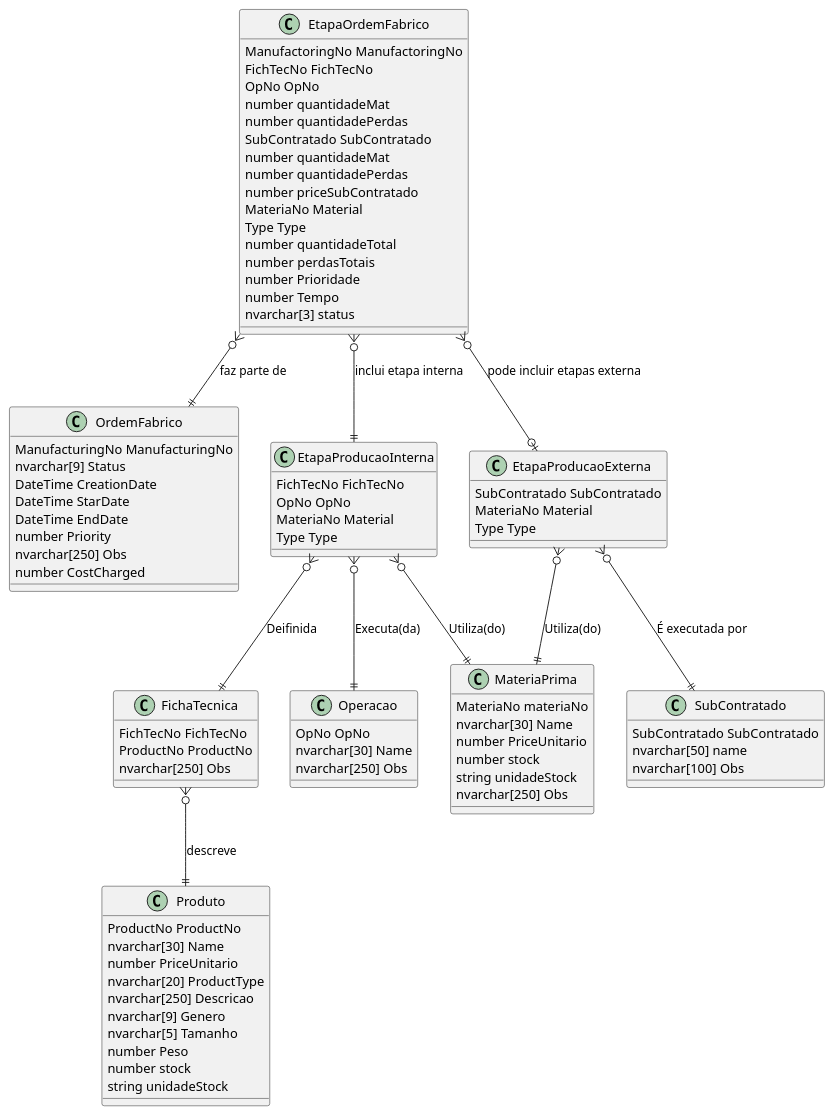
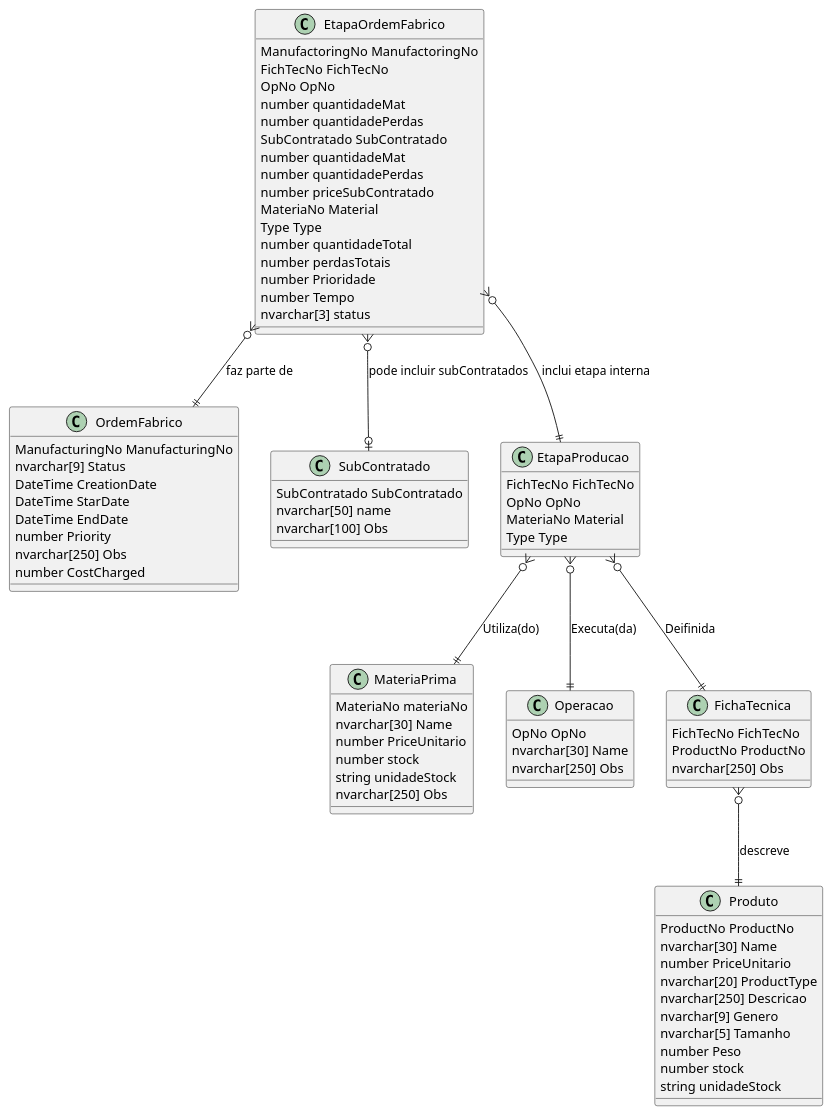
One commit to Arturito2005/TrabalhoBD changed the diagram in DesenhoLogico/Normalizacao/NormalizacaoNova.plantuml. Above: the diagram before and after it, drawn with PlantUML. The commit also changed 5 other files, not shown here.

```diff
--- a/DesenhoLogico/Normalizacao/NormalizacaoNova.plantuml
+++ b/DesenhoLogico/Normalizacao/NormalizacaoNova.plantuml
@@ -1,116 +1,101 @@
 @startuml teste 
 
 
 class OrdemFabrico {
     ManufacturingNo ManufacturingNo
     nvarchar[9] Status 
     DateTime CreationDate
     DateTime StarDate
     DateTime EndDate
     number Priority
     nvarchar[250] Obs
     number CostCharged
 }
 
 class MateriaPrima {
     MateriaNo materiaNo
     nvarchar[30] Name
     number PriceUnitario
     number stock 
     string unidadeStock
     nvarchar[250] Obs
 }
 
 class Operacao {
     OpNo OpNo 
     nvarchar[30] Name 
     nvarchar[250] Obs
 }
 
 class SubContratado {
     SubContratado SubContratado
     nvarchar[50] name
     nvarchar[100] Obs
 }
 
 class FichaTecnica {
     FichTecNo FichTecNo
     ProductNo ProductNo   
     nvarchar[250] Obs
 }
 
 class Produto {
     ProductNo ProductNo
     nvarchar[30] Name 
     number PriceUnitario 
     nvarchar[20] ProductType
     nvarchar[250] Descricao
     nvarchar[9] Genero
     nvarchar[5] Tamanho
     number Peso
     number stock 
     string unidadeStock
 }
 
 
-class EtapaProducaoInterna {
+class EtapaProducao {
     FichTecNo FichTecNo
     OpNo OpNo
     MateriaNo Material
     Type Type
 }
 
-/'
-A quantidade seria a quantidade enviada nos materias de entrda ou 
-a enviada nos materiais de Saida
-'/
-class EtapaProducaoExterna {
-    SubContratado SubContratado
-    MateriaNo Material 
-    Type Type
-}
 
 /'
 Verficiar se o MAterial e sempre um Material Final
 '/
 class EtapaOrdemFabrico {
     ManufactoringNo ManufactoringNo
     FichTecNo FichTecNo
     OpNo OpNo
     number quantidadeMat
     number quantidadePerdas
     SubContratado SubContratado
     number quantidadeMat
     number quantidadePerdas
     number priceSubContratado
     MateriaNo Material 
     Type Type
     number quantidadeTotal
     number perdasTotais
     number Prioridade
     number Tempo
     nvarchar[3] status
 }
 
 /'
 Etapa Producao Interna
 '/
-EtapaProducaoInterna }o--|| FichaTecnica: Deifinida
-EtapaProducaoInterna }o--|| MateriaPrima: Utiliza(do)
-EtapaProducaoInterna }o--|| Operacao: Executa(da)
-
-/'
-Etapa de Produção Externa
-'/
-EtapaProducaoExterna }o--|| SubContratado: É executada por
-EtapaProducaoExterna }o--|| MateriaPrima: Utiliza(do)
+EtapaProducao }o--|| FichaTecnica: Deifinida
+EtapaProducao }o--|| MateriaPrima: Utiliza(do)
+EtapaProducao }o--|| Operacao: Executa(da)
 
 /'
 Etapas da Ordem de Fabrico
 '/
 EtapaOrdemFabrico }o--|| OrdemFabrico: faz parte de
-EtapaOrdemFabrico }o--|| EtapaProducaoInterna: inclui etapa interna
-EtapaOrdemFabrico }o--o| EtapaProducaoExterna: pode incluir etapas externa
+EtapaOrdemFabrico }o--|| EtapaProducao: inclui etapa interna
+EtapaOrdemFabrico }o--o| SubContratado: pode incluir subContratados
 
 FichaTecnica }o--|| Produto: descreve
 @end
```
